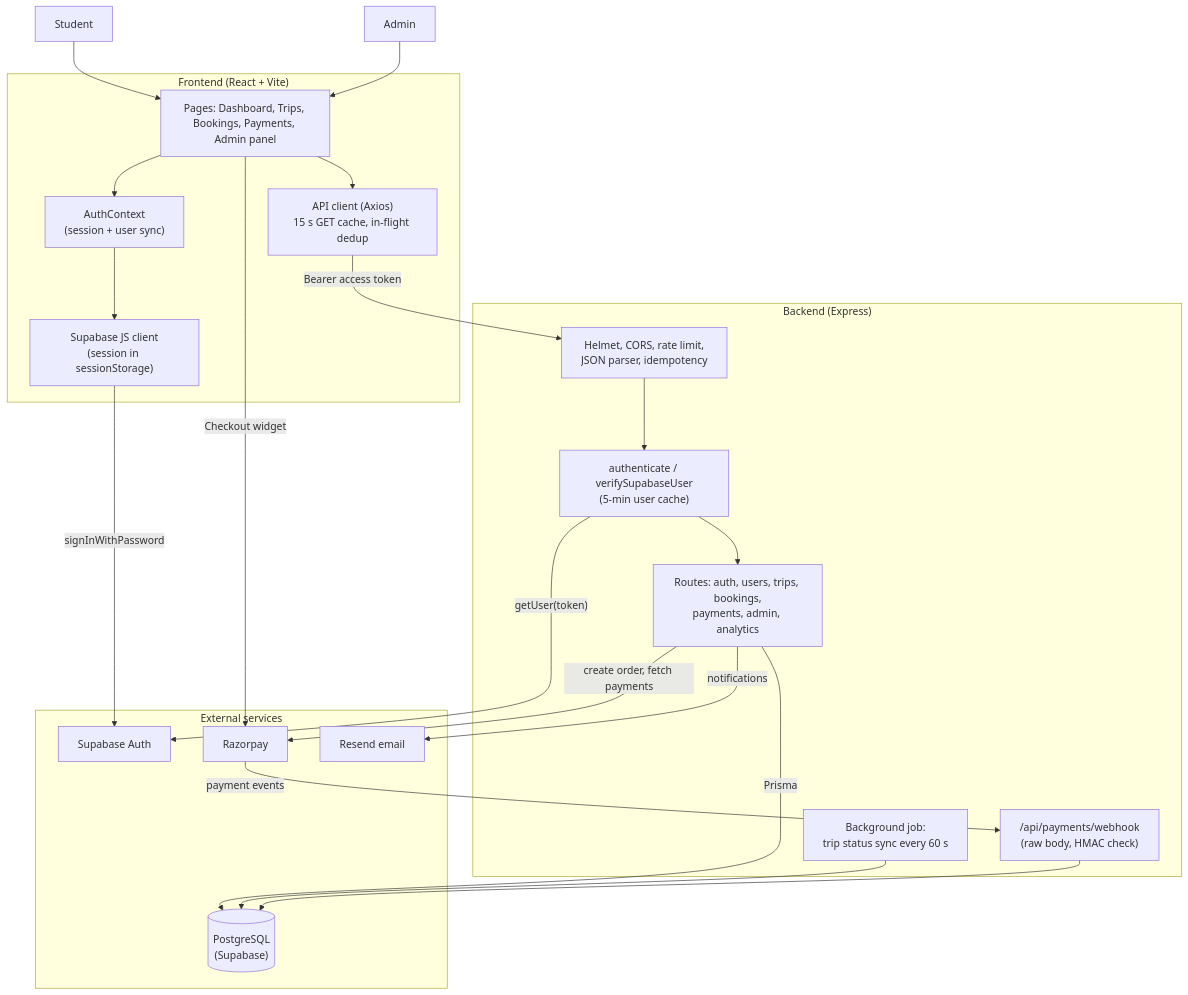
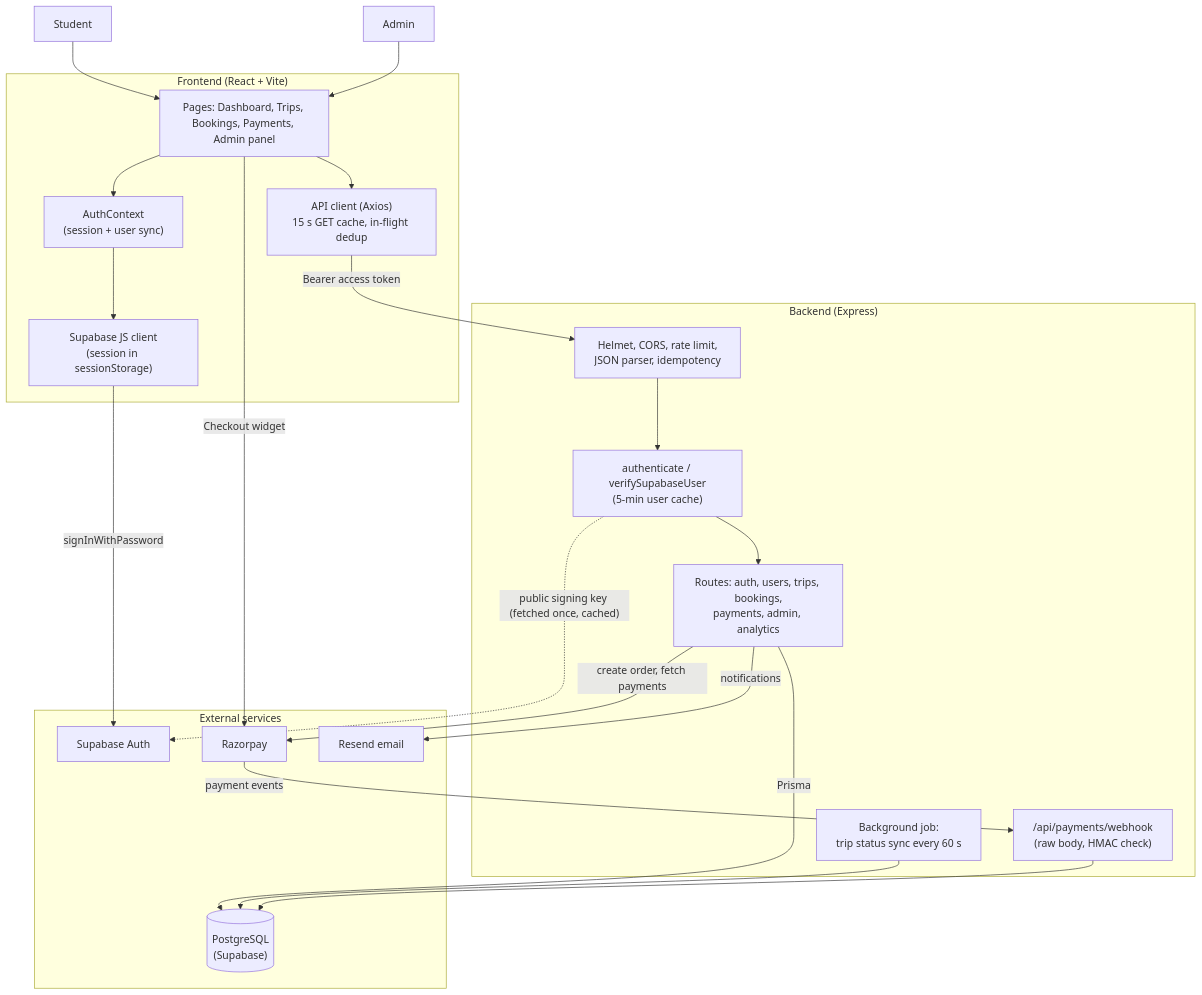
The first of 6 diagrams in README.md (mobashshir-ubn-zainuddin/friday-cab-management), drawn with Mermaid before and after one commit. The commit also changed other lines of this file and 4 other files, not shown here.

````diff
--- a/README.md
+++ b/README.md
@@ -66,40 +66,40 @@
 ```mermaid
 flowchart TB
     Student["Student"] --> UI
     Admin["Admin"] --> UI
 
     subgraph FE["Frontend (React + Vite)"]
         UI["Pages: Dashboard, Trips, Bookings, Payments, Admin panel"]
         AuthCtx["AuthContext<br/>(session + user sync)"]
         ApiClient["API client (Axios)<br/>15 s GET cache, in-flight dedup"]
         SBClient["Supabase JS client<br/>(session in sessionStorage)"]
         UI --> AuthCtx --> SBClient
         UI --> ApiClient
     end
 
     subgraph BE["Backend (Express)"]
         MW["Helmet, CORS, rate limit,<br/>JSON parser, idempotency"]
         AuthMW["authenticate / verifySupabaseUser<br/>(5-min user cache)"]
         Routes["Routes: auth, users, trips, bookings,<br/>payments, admin, analytics"]
         Webhook["/api/payments/webhook<br/>(raw body, HMAC check)"]
         Job["Background job:<br/>trip status sync every 60 s"]
         MW --> AuthMW --> Routes
     end
 
     subgraph EXT["External services"]
         SBAuth["Supabase Auth"]
         PG[("PostgreSQL<br/>(Supabase)")]
         RZP["Razorpay"]
         Resend["Resend email"]
     end
 
     SBClient -- "signInWithPassword" --> SBAuth
     ApiClient -- "Bearer access token" --> MW
-    AuthMW -- "getUser(token)" --> SBAuth
+    AuthMW -. "public signing key (fetched once, cached)" .-> SBAuth
     Routes -- "Prisma" --> PG
     Job --> PG
     Routes -- "create order, fetch payments" --> RZP
     RZP -- "payment events" --> Webhook --> PG
     Routes -- "notifications" --> Resend
     UI -- "Checkout widget" --> RZP
 ```
````
